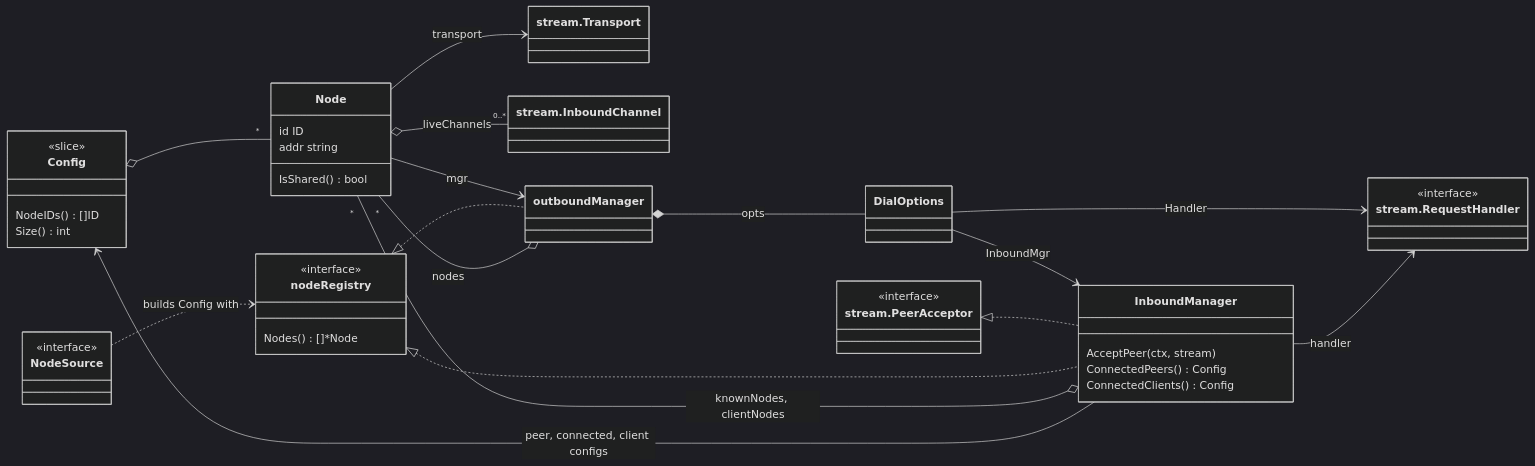
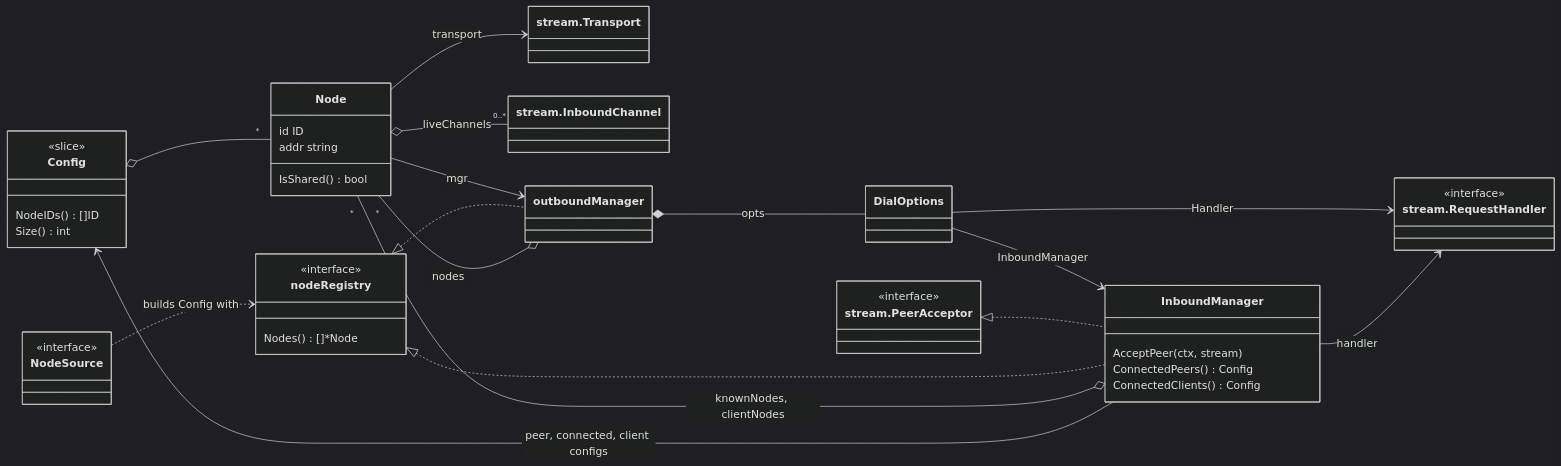
The fifth of 10 diagrams in doc/dev-guide.md (relab/gorums), drawn with Mermaid (dark theme) before and after one commit. The commit also changed other lines of this file, not shown here.

````diff
--- a/doc/dev-guide.md
+++ b/doc/dev-guide.md
@@ -452,50 +456,50 @@
 ```mermaid
 classDiagram
     direction LR
     class Config {
         <<slice>>
         NodeIDs() []ID
         Size() int
     }
     class Node {
         id ID
         addr string
         IsShared() bool
     }
     class NodeSource {
         <<interface>>
     }
     class nodeRegistry {
         <<interface>>
         Nodes() []*Node
     }
     class InboundManager {
         AcceptPeer(ctx, stream)
         ConnectedPeers() Config
         ConnectedClients() Config
     }
     class StreamTransport["stream.Transport"]
     class StreamInboundChannel["stream.InboundChannel"]
     class StreamPeerAcceptor["stream.PeerAcceptor"] {
         <<interface>>
     }
     class StreamRequestHandler["stream.RequestHandler"] {
         <<interface>>
     }
 
     Config o-- "*" Node
     Node --> StreamTransport : transport
     Node --> outboundManager : mgr
     Node o-- "0..*" StreamInboundChannel : liveChannels
     outboundManager o-- "*" Node : nodes
     outboundManager *-- DialOptions : opts
-    DialOptions --> InboundManager : InboundMgr
+    DialOptions --> InboundManager : InboundManager
     DialOptions --> StreamRequestHandler : Handler
     InboundManager o-- "*" Node : knownNodes, clientNodes
     InboundManager --> Config : peer, connected, client configs
     InboundManager --> StreamRequestHandler : handler
     StreamPeerAcceptor <|.. InboundManager
     nodeRegistry <|.. outboundManager
     nodeRegistry <|.. InboundManager
     NodeSource ..> nodeRegistry : builds Config with
 ```
````
